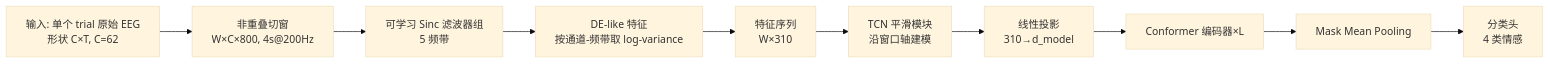
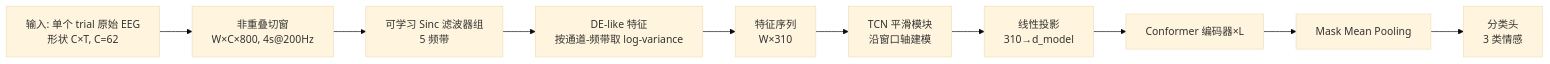
One commit to cnsjkd/TPANet changed the diagram in chapter4_method_experiment.md. Above: the diagram before and after it, drawn with Mermaid (base theme). The commit also changed other lines of this file and 6 other files, not shown here.

````diff
--- a/chapter4_method_experiment.md
+++ b/chapter4_method_experiment.md
@@ -7,12 +7,12 @@
 ```mermaid
 flowchart LR
     A[输入: 单个 trial 原始 EEG<br/>形状 C×T, C=62] --> B[非重叠切窗<br/>W×C×800, 4s@200Hz]
     B --> C[可学习 Sinc 滤波器组<br/>5 频带]
     C --> D[DE-like 特征<br/>按通道-频带取 log-variance]
     D --> E[特征序列<br/>W×310]
     E --> F[TCN 平滑模块<br/>沿窗口轴建模]
     F --> G[线性投影<br/>310→d_model]
     G --> H[Conformer 编码器×L]
     H --> I[Mask Mean Pooling]
-    I --> J[分类头<br/>4 类情感]
+    I --> J[分类头<br/>3 类情感]
 ```
````
